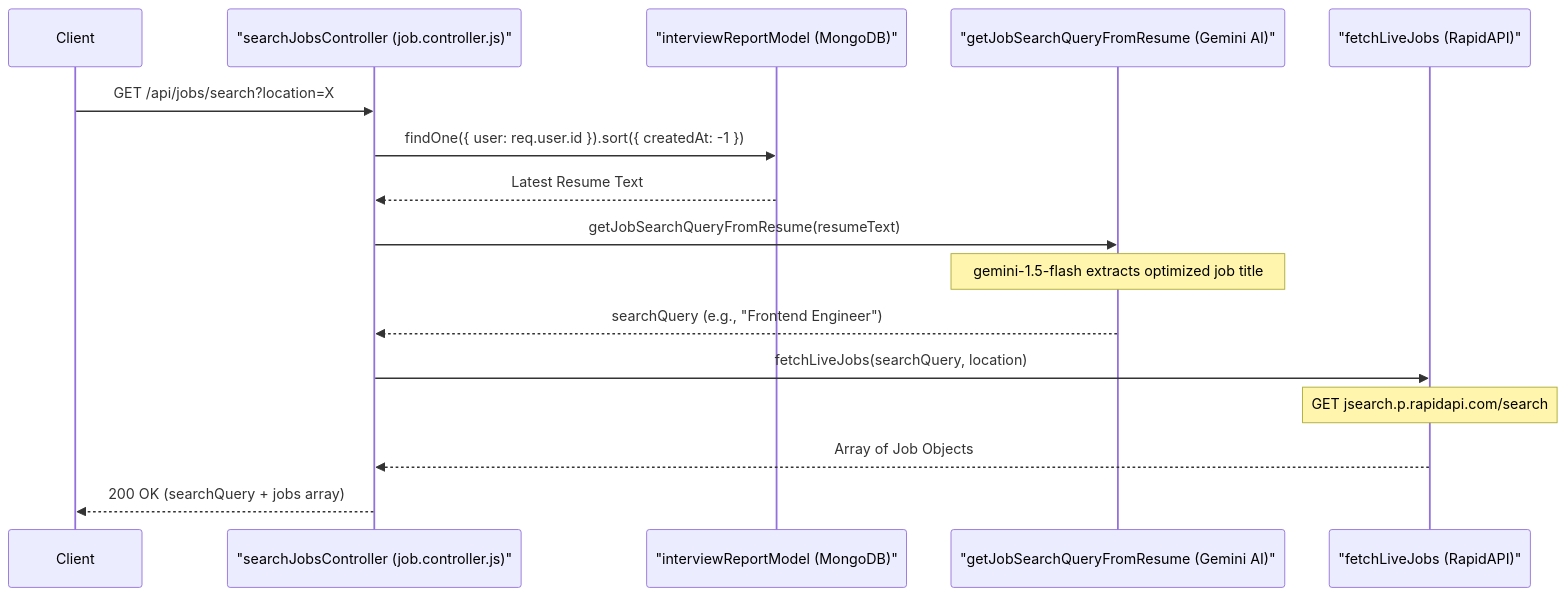
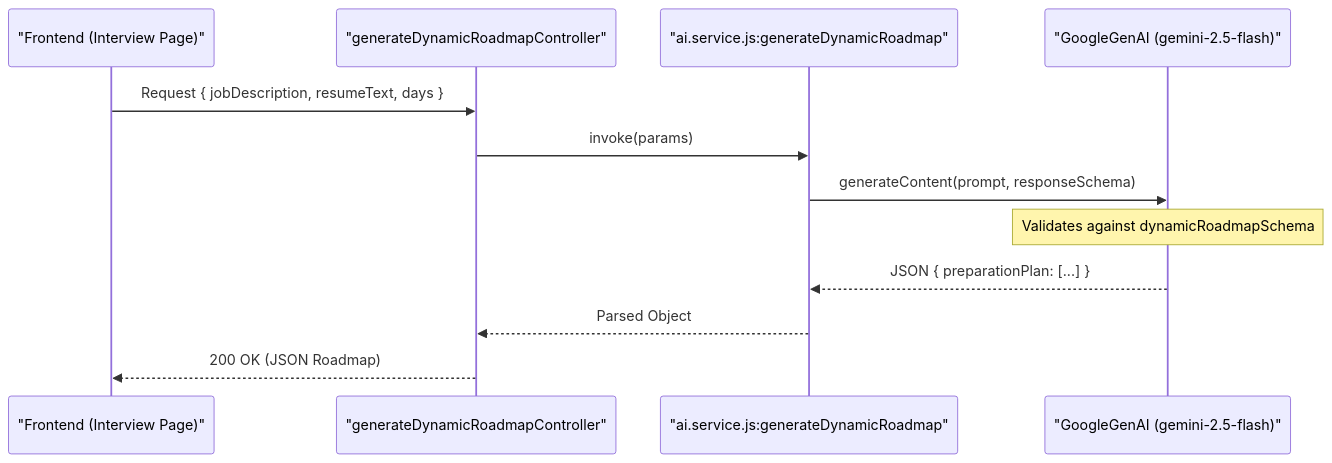
One commit to harshitzofficial/Job-Prep-Platform changed diagram 11 of 15 in README.md. Above: the diagram before and after it, drawn with Mermaid. The commit also changed other lines of this file, not shown here.

````diff
--- a/README.md
+++ b/README.md
@@ -1004,22 +761,15 @@
 ```mermaid
 sequenceDiagram
-    participant Client
-    participant Controller as "searchJobsController (job.controller.js)"
-    participant DB as "interviewReportModel (MongoDB)"
-    participant AI as "getJobSearchQueryFromResume (Gemini AI)"
-    participant JSearch as "fetchLiveJobs (RapidAPI)"
-
-    Client->>Controller: GET /api/jobs/search?location=X
-    Controller->>DB: findOne({ user: req.user.id }).sort({ createdAt: -1 })
-    DB-->>Controller: Latest Resume Text
-    
-    Controller->>AI: getJobSearchQueryFromResume(resumeText)
-    Note over AI: gemini-1.5-flash extracts optimized job title
-    AI-->>Controller: searchQuery (e.g., "Frontend Engineer")
-    
-    Controller->>JSearch: fetchLiveJobs(searchQuery, location)
-    Note over JSearch: GET jsearch.p.rapidapi.com/search
-    JSearch-->>Controller: Array of Job Objects
-    
-    Controller-->>Client: 200 OK (searchQuery + jobs array)
+    participant Client as "Frontend (Interview Page)"
+    participant Controller as "generateDynamicRoadmapController"
+    participant Service as "ai.service.js:generateDynamicRoadmap"
+    participant Gemini as "GoogleGenAI (gemini-2.5-flash)"
+ 
+    Client->>Controller: Request { jobDescription, resumeText, days }
+    Controller->>Service: invoke(params)
+    Service->>Gemini: generateContent(prompt, responseSchema)
+    Note over Gemini: Validates against dynamicRoadmapSchema
+    Gemini-->>Service: JSON { preparationPlan: [...] }
+    Service-->>Controller: Parsed Object
+    Controller-->>Client: 200 OK (JSON Roadmap)
 ```
````
